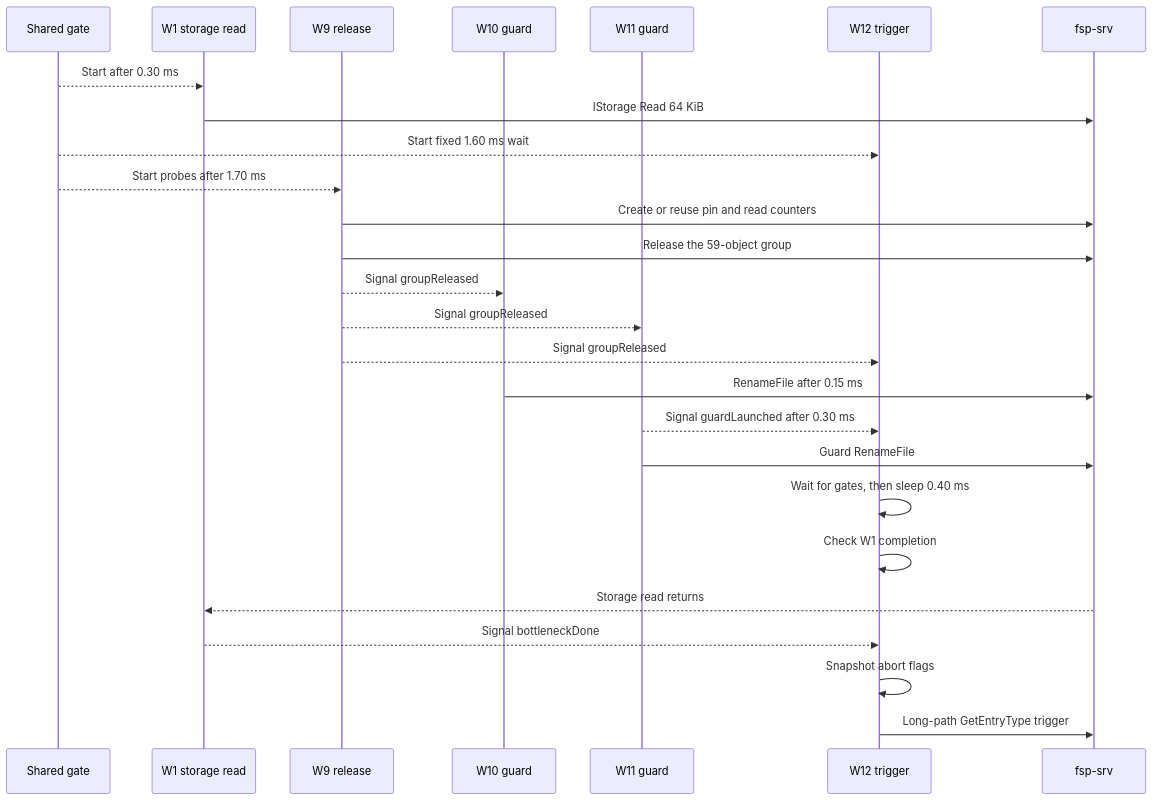
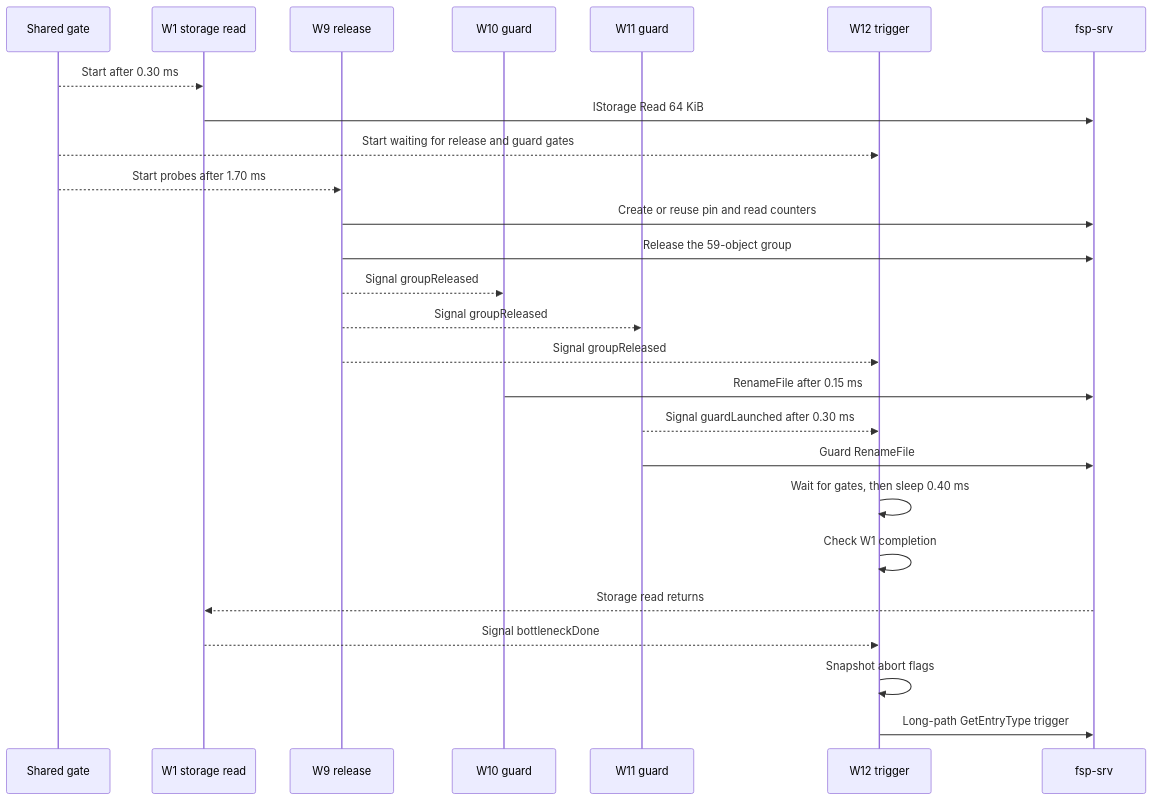
One commit to BrayDog2010/CivSwitchFS-kaiHEN changed the second of 6 diagrams in HOW_IT_WORKS.md. Above: the diagram before and after it, drawn with Mermaid. The commit also changed other lines of this file and 13 other files, not shown here.

````diff
--- a/HOW_IT_WORKS.md
+++ b/HOW_IT_WORKS.md
@@ -167,29 +171,29 @@
 ```mermaid
 sequenceDiagram
     participant M as Shared gate
     participant W1 as W1 storage read
     participant W9 as W9 release
     participant W10 as W10 guard
     participant W11 as W11 guard
     participant W12 as W12 trigger
     participant FS as fsp-srv
 
     M-->>W1: Start after 0.30 ms
     W1->>FS: IStorage Read 64 KiB
-    M-->>W12: Start fixed 1.60 ms wait
+    M-->>W12: Start waiting for release and guard gates
     M-->>W9: Start probes after 1.70 ms
     W9->>FS: Create or reuse pin and read counters
     W9->>FS: Release the 59-object group
     W9-->>W10: Signal groupReleased
     W9-->>W11: Signal groupReleased
     W9-->>W12: Signal groupReleased
     W10->>FS: RenameFile after 0.15 ms
     W11-->>W12: Signal guardLaunched after 0.30 ms
     W11->>FS: Guard RenameFile
     W12->>W12: Wait for gates, then sleep 0.40 ms
     W12->>W12: Check W1 completion
     FS-->>W1: Storage read returns
     W1-->>W12: Signal bottleneckDone
     W12->>W12: Snapshot abort flags
     W12->>FS: Long-path GetEntryType trigger
 ```
````
